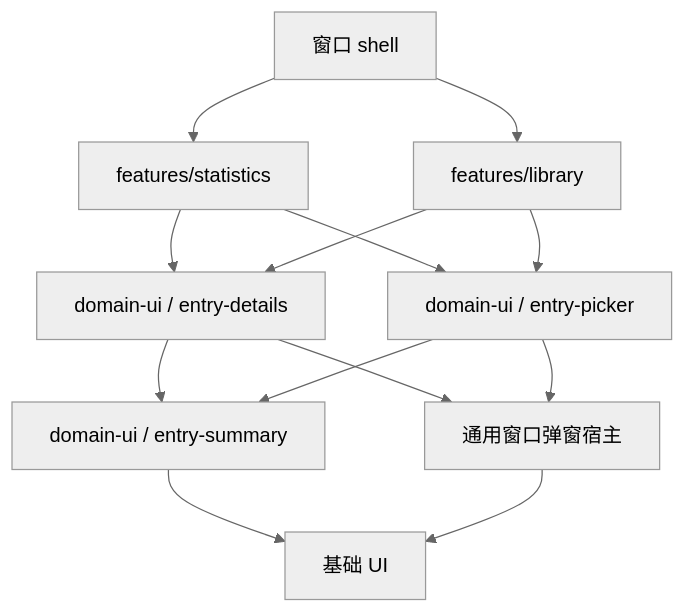
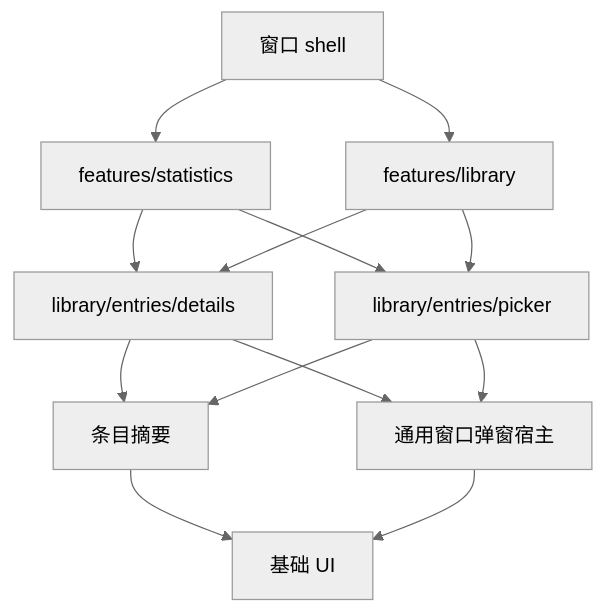
Before and after one commit to ximu3/kisaki-dev: the diagram in refactor/design/ui/components.md, drawn with Mermaid (neutral theme). The commit also changed 252 other files, not shown here.

Commit message:
refactor(desktop): organize library operations by domain ownership

````diff
--- a/refactor/design/ui/components.md
+++ b/refactor/design/ui/components.md
@@ -55,23 +55,23 @@
 ```mermaid
 flowchart TD
   SHELL["窗口 shell"]
   STATS["features/statistics"]
   LIB["features/library"]
-  DETAILS["domain-ui / entry-details"]
-  PICK["domain-ui / entry-picker"]
-  SUMMARY["domain-ui / entry-summary"]
+  DETAILS["library/entries/details"]
+  PICK["library/entries/picker"]
+  SUMMARY["条目摘要"]
   HOST["通用窗口弹窗宿主"]
   BASEUI["基础 UI"]
   SHELL --> STATS
   SHELL --> LIB
   STATS --> DETAILS
   STATS --> PICK
   LIB --> DETAILS
   LIB --> PICK
   DETAILS --> SUMMARY
   PICK --> SUMMARY
   DETAILS --> HOST
   PICK --> HOST
   SUMMARY --> BASEUI
   HOST --> BASEUI
 ```
````
